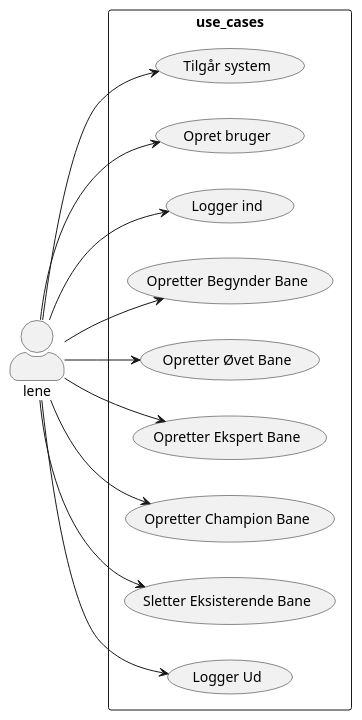
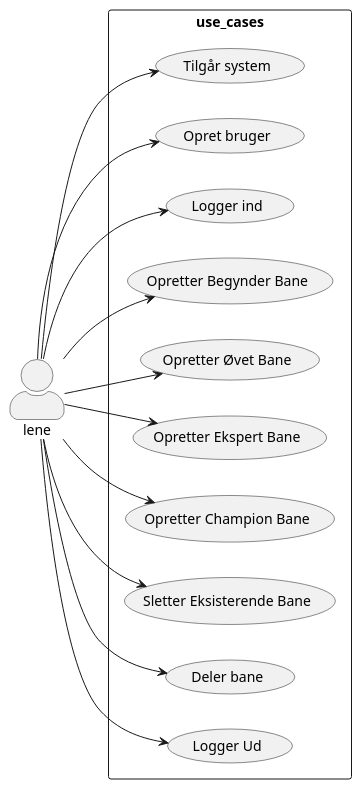
The diagram in Dokumentation/User-Diagram.wsd (Team-1-ucl/Team1_Projekt), drawn with PlantUML before and after one commit.

Commit message:
Tilføjet Deler bane usecase

```diff
--- a/Dokumentation/User-Diagram.wsd
+++ b/Dokumentation/User-Diagram.wsd
@@ -1,26 +1,29 @@
 @startuml UseCase Diagram
 skinparam actorStyle awesome
 left to right direction
 actor lene as lene
 rectangle use_cases{
     usecase "Tilgår system" as UC1
     usecase "Opret bruger" as UC2
     usecase "Logger ind" as UC3
     usecase "Opretter Begynder Bane" as UC4  
     usecase "Opretter Øvet Bane" as UC5  
     usecase "Opretter Ekspert Bane" as UC6  
     usecase "Opretter Champion Bane" as UC7  
     usecase "Sletter Eksisterende Bane" as UC8  
-    usecase "Logger Ud" as UC9  
+    usecase "Deler bane" as UC9  
+    
+    usecase "Logger Ud" as UC10  
 }
 lene --> UC1
 lene --> UC2
 lene --> UC3
 lene --> UC4
 lene --> UC5
 lene --> UC6
 lene --> UC7
 lene --> UC8
 lene --> UC9
+lene --> UC10
 
 @enduml
```
